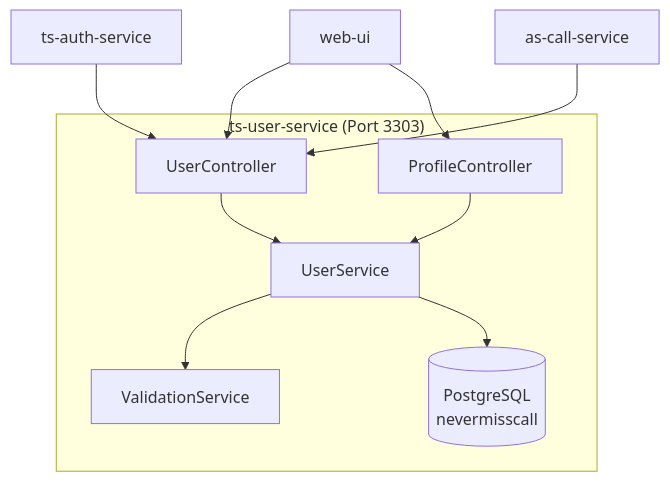
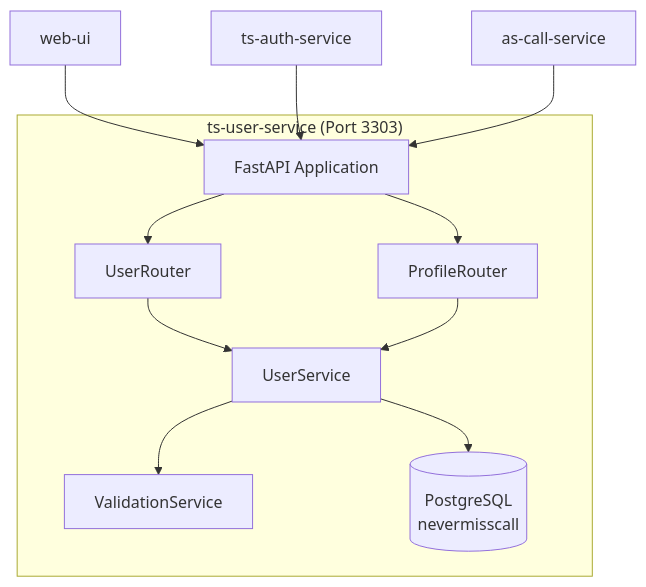
The diagram in docs/services/phase-1/ts-user-service.md (kyoungd/nevermisscall), drawn with Mermaid before and after one commit. The commit also changed other lines of this file and 39 other files, not shown here.

````diff
--- a/docs/services/phase-1/ts-user-service.md
+++ b/docs/services/phase-1/ts-user-service.md
@@ -37,20 +38,22 @@
 ```mermaid
 graph TB
     subgraph "ts-user-service (Port 3303)"
-        UserController[UserController]
-        ProfileController[ProfileController]
+        FastAPIApp[FastAPI Application]
+        UserRouter[UserRouter]
+        ProfileRouter[ProfileRouter]
         UserService[UserService]
         ValidationService[ValidationService]
         Database[(PostgreSQL<br/>nevermisscall)]
     end
     
-    WebUI[web-ui] --> UserController
-    WebUI --> ProfileController
-    TSAuth[ts-auth-service] --> UserController
-    ASCall[as-call-service] --> UserController
+    WebUI[web-ui] --> FastAPIApp
+    TSAuth[ts-auth-service] --> FastAPIApp
+    ASCall[as-call-service] --> FastAPIApp
     
-    UserController --> UserService
-    ProfileController --> UserService
+    FastAPIApp --> UserRouter
+    FastAPIApp --> ProfileRouter
+    UserRouter --> UserService
+    ProfileRouter --> UserService
     UserService --> ValidationService
     UserService --> Database
 ```
````
